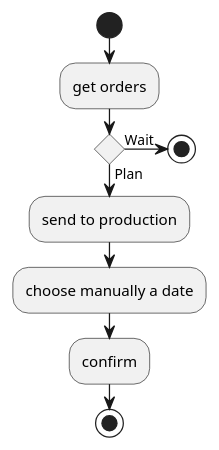
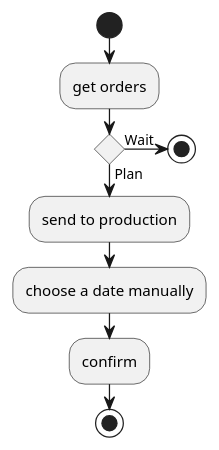
One commit to fred-corp/Bovelo_PG3L_ECAM changed the diagram in diagrams/Current/PlantUML/activity/prod.plantuml. Above: the diagram before and after it, drawn with PlantUML.

```diff
--- a/diagrams/Current/PlantUML/activity/prod.plantuml
+++ b/diagrams/Current/PlantUML/activity/prod.plantuml
@@ -1,13 +1,13 @@
 @startuml Sale
 start
 :get orders;
 if () is (Plan) then
 	:send to production;
-	:choose manually a date;
+	:choose a date manually;
         :confirm;
         stop
 	
 else (Wait)
 	stop
 endif
 @enduml
```
